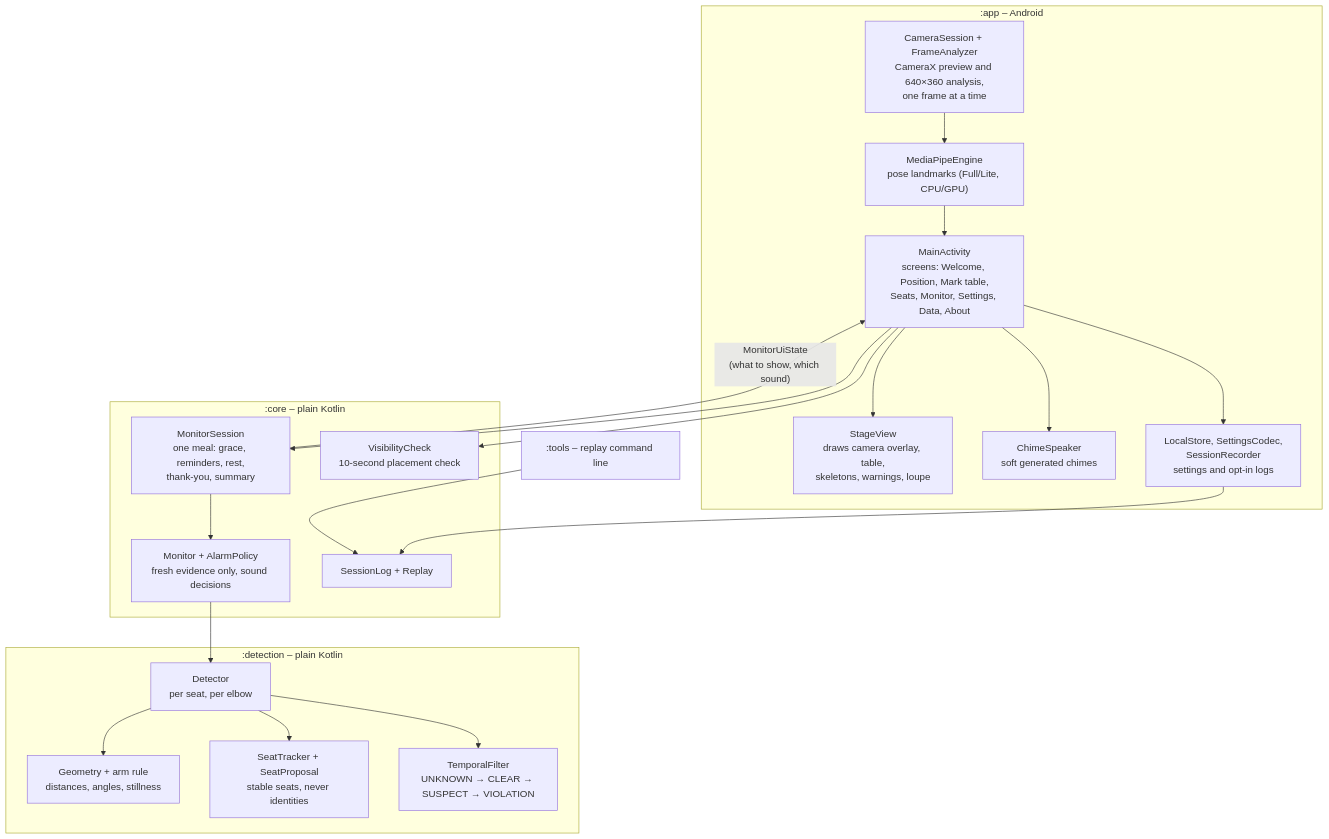
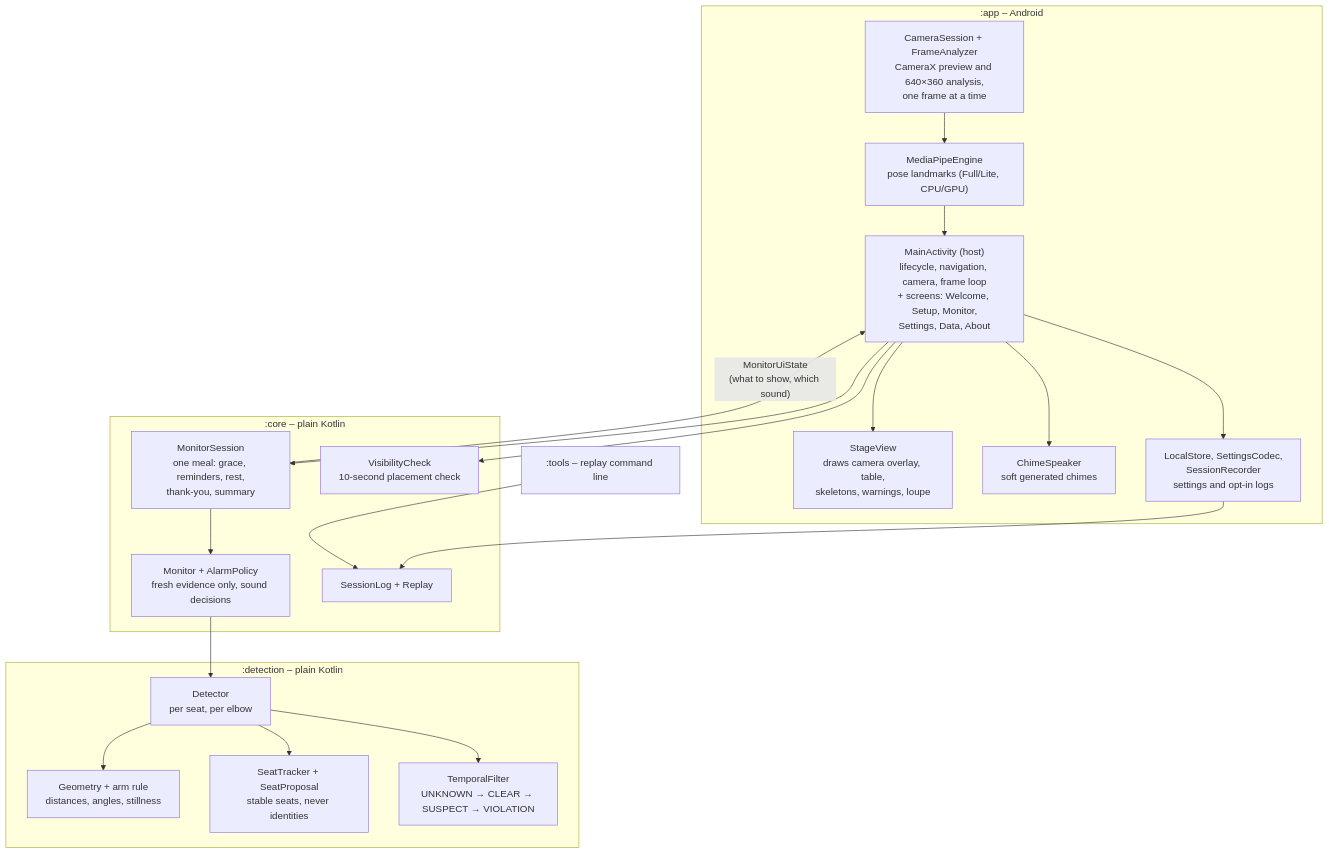
Before and after one commit to marcelpetrick/ForkAroundAndFindOut: the third of 8 diagrams in docs/c4-architecture.md, drawn with Mermaid. The commit also changed 16 other files, not shown here.

````diff
--- a/docs/c4-architecture.md
+++ b/docs/c4-architecture.md
@@ -86,37 +86,37 @@
 ```mermaid
 flowchart TB
     subgraph app[":app – Android"]
-        ui["MainActivity<br/>screens: Welcome, Position, Mark table,<br/>Seats, Monitor, Settings, Data, About"]
+        ui["MainActivity (host)<br/>lifecycle, navigation, camera, frame loop<br/>+ screens: Welcome, Setup, Monitor,<br/>Settings, Data, About"]
         stage["StageView<br/>draws camera overlay, table,<br/>skeletons, warnings, loupe"]
         camera["CameraSession + FrameAnalyzer<br/>CameraX preview and 640×360 analysis,<br/>one frame at a time"]
         engine["MediaPipeEngine<br/>pose landmarks (Full/Lite, CPU/GPU)"]
         speaker["ChimeSpeaker<br/>soft generated chimes"]
         store["LocalStore, SettingsCodec,<br/>SessionRecorder<br/>settings and opt-in logs"]
     end
     subgraph core[":core – plain Kotlin"]
         session["MonitorSession<br/>one meal: grace, reminders, rest,<br/>thank-you, summary"]
         monitor["Monitor + AlarmPolicy<br/>fresh evidence only, sound decisions"]
         vis["VisibilityCheck<br/>10-second placement check"]
         log["SessionLog + Replay"]
     end
     subgraph detection[":detection – plain Kotlin"]
         detector["Detector<br/>per seat, per elbow"]
         geometry["Geometry + arm rule<br/>distances, angles, stillness"]
         seats["SeatTracker + SeatProposal<br/>stable seats, never identities"]
         temporal["TemporalFilter<br/>UNKNOWN → CLEAR → SUSPECT → VIOLATION"]
     end
     tools[":tools – replay command line"]
 
     camera --> engine --> ui
     ui --> session --> monitor --> detector
     ui --> vis
     detector --> geometry
     detector --> seats
     detector --> temporal
     session -- "MonitorUiState<br/>(what to show, which sound)" --> ui
     ui --> stage
     ui --> speaker
     ui --> store
     store --> log
     tools --> log
 ```
````
